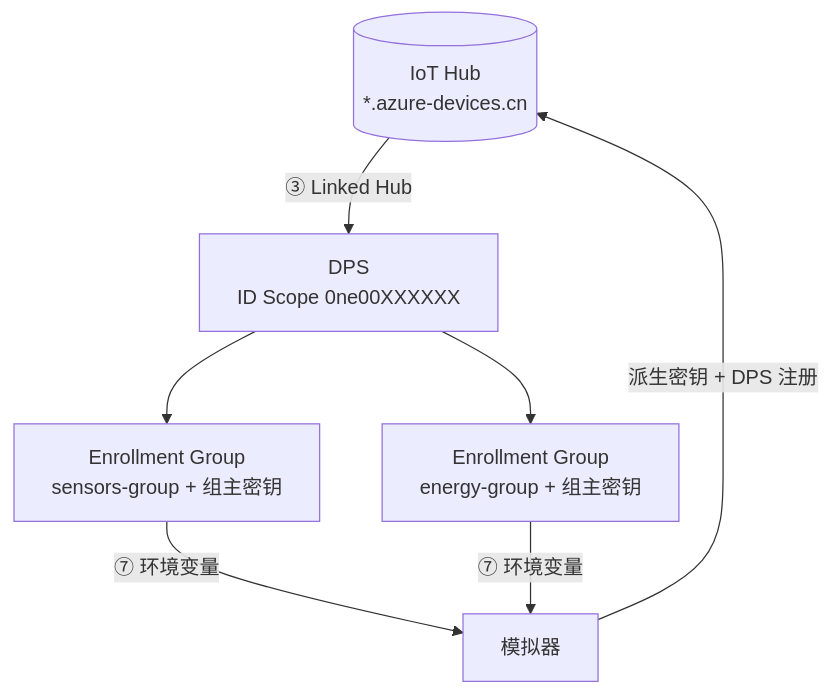
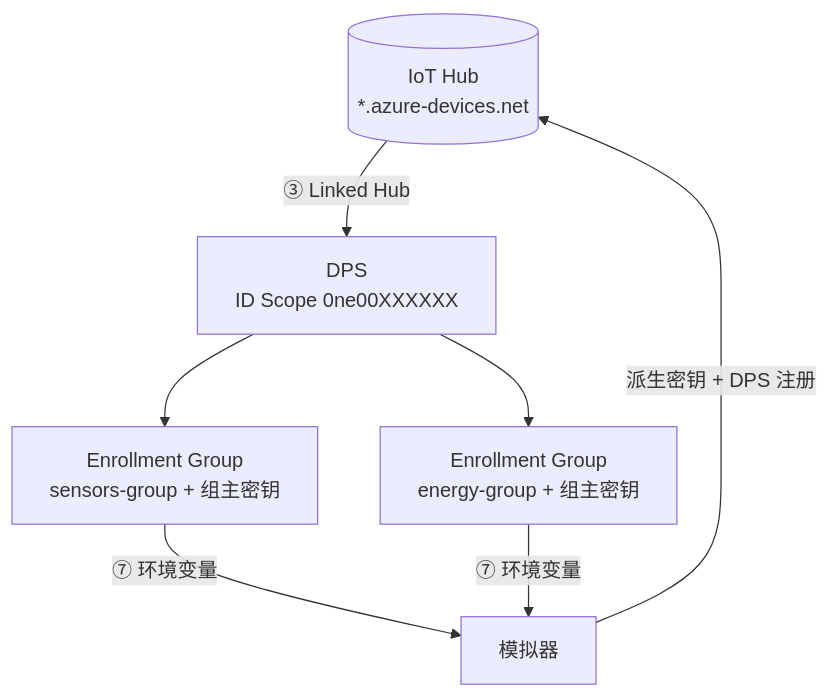
The second of 2 diagrams in README.md (Nii-co/iotdevice), drawn with Mermaid before and after one commit. The commit also changed other lines of this file and 3 other files, not shown here.

````diff
--- a/README.md
+++ b/README.md
@@ -256,9 +256,9 @@
 ```mermaid
 flowchart TD
-    HUB[(IoT Hub<br/>*.azure-devices.cn)] -->|③ Linked Hub| DPS[DPS<br/>ID Scope 0ne00XXXXXX]
+    HUB[(IoT Hub<br/>*.azure-devices.net)] -->|③ Linked Hub| DPS[DPS<br/>ID Scope 0ne00XXXXXX]
     DPS --> G1[Enrollment Group<br/>sensors-group + 组主密钥]
     DPS --> G2[Enrollment Group<br/>energy-group + 组主密钥]
     G1 -->|⑦ 环境变量| SIM[模拟器]
     G2 -->|⑦ 环境变量| SIM
     SIM -->|派生密钥 + DPS 注册| HUB
 ```
````
